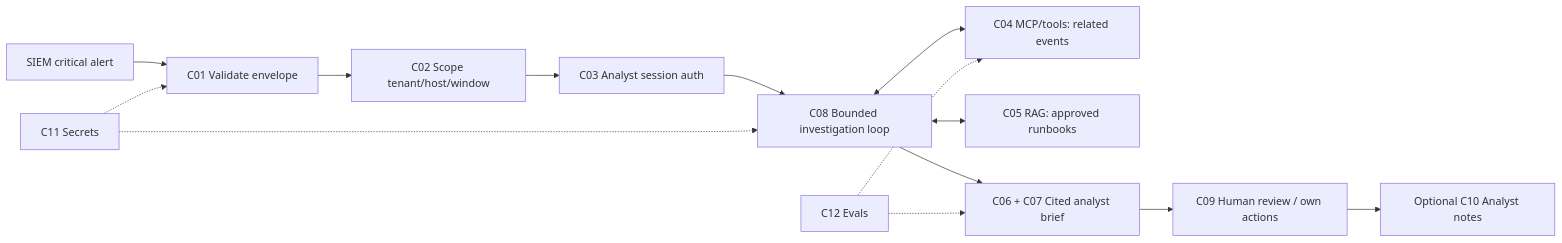
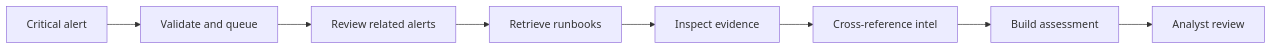
Before and after one commit to NotoriousPOG/ai-standardization-matrix: the diagram in README.md, drawn with Mermaid. The commit also changed other lines of this file and 2 other files, not shown here.

First line of the commit message:
Replace the remixed control map with the architecture-lab SIEM walkthrough.

````diff
--- a/README.md
+++ b/README.md
@@ -19,16 +19,10 @@
 ```mermaid
 flowchart LR
-  A[SIEM critical alert] --> B[C01 Validate envelope]
-  B --> C[C02 Scope tenant/host/window]
-  C --> D[C03 Analyst session auth]
-  D --> E[C08 Bounded investigation loop]
-  E <--> F[C04 MCP/tools: related events]
-  E <--> G[C05 RAG: approved runbooks]
-  E --> H[C06 + C07 Cited analyst brief]
-  H --> I[C09 Human review / own actions]
-  I --> J[Optional C10 Analyst notes]
-  K[C11 Secrets] -.-> B
-  K -.-> E
-  L[C12 Evals] -.-> H
-  L -.-> F
+  A[Critical alert] --> B[Validate and queue]
+  B --> C[Review related alerts]
+  C --> D[Retrieve runbooks]
+  D --> E[Inspect evidence]
+  E --> F[Cross-reference intel]
+  F --> G[Build assessment]
+  G --> H[Analyst review]
 ```
````
